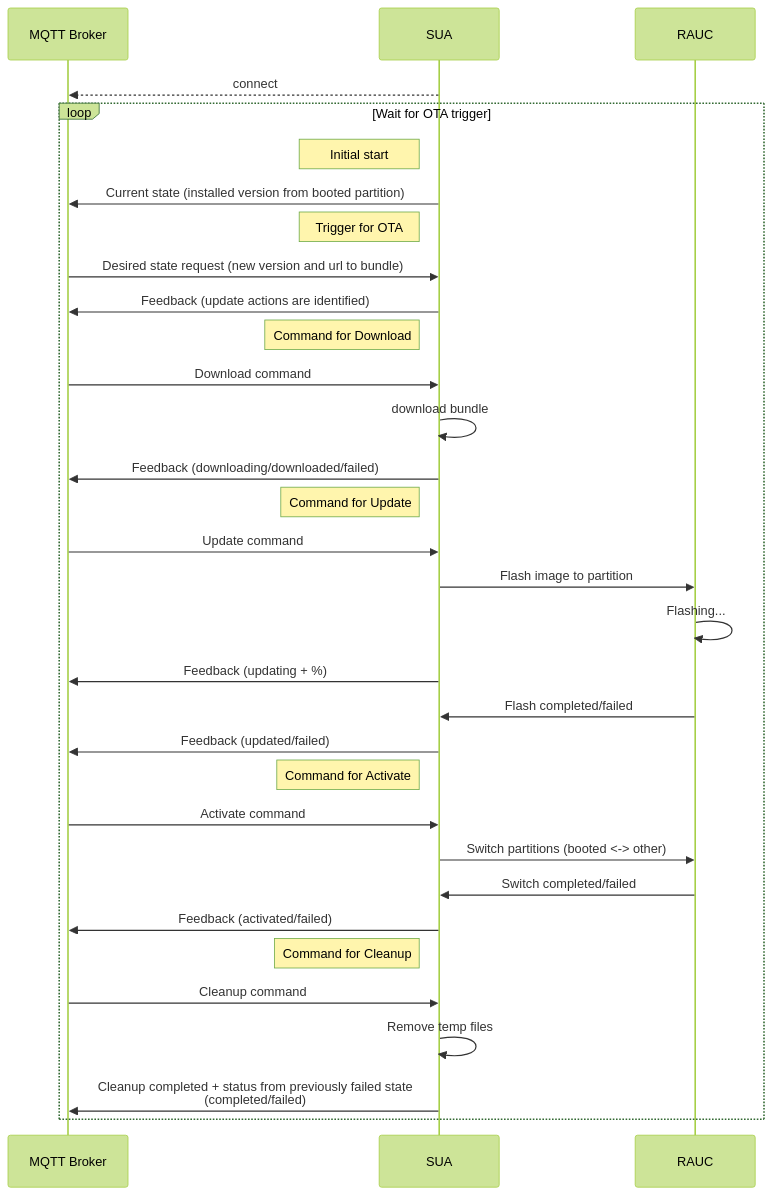
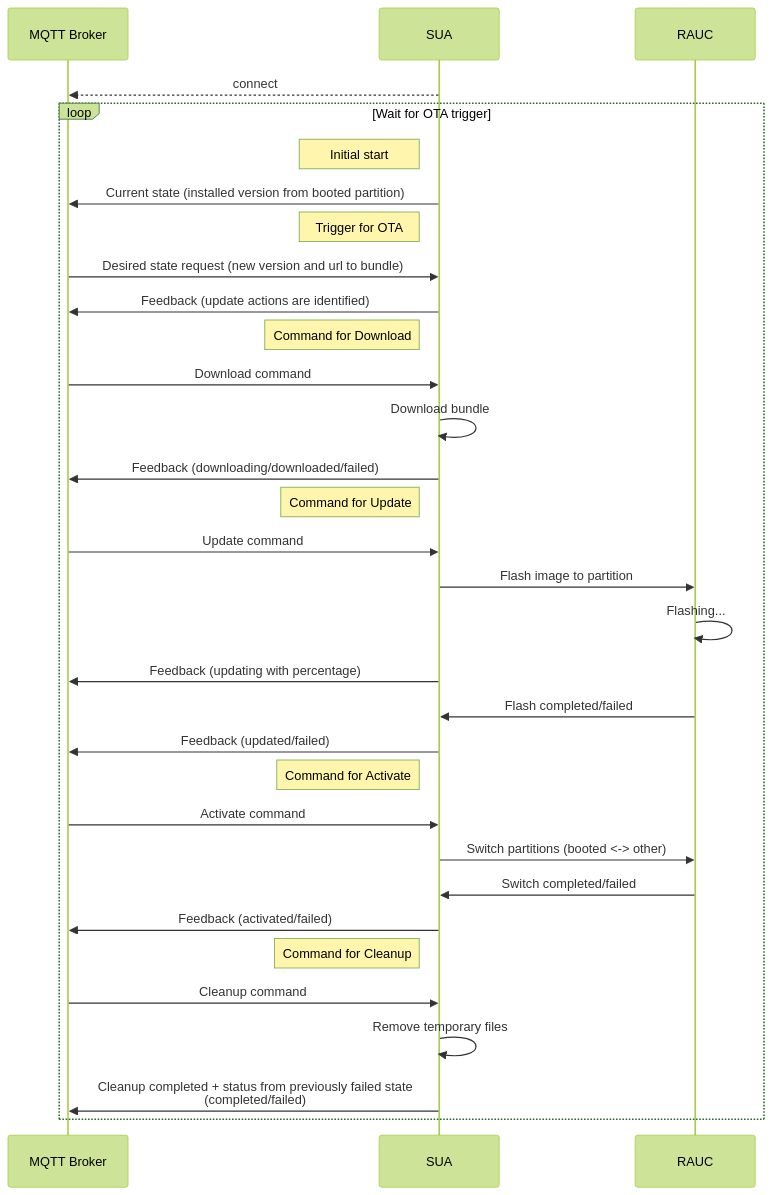
One commit to eclipse-leda/leda-contrib-self-update-agent changed the first of 2 diagrams in README.md. Above: the diagram before and after it, drawn with Mermaid (forest theme). The commit also changed other lines of this file and 2 other files, not shown here.

````diff
--- a/README.md
+++ b/README.md
@@ -22,43 +22,43 @@
 ```mermaid
 sequenceDiagram
     participant m as MQTT Broker 
     participant s as SUA
     participant r as RAUC
 
     s -->> m: connect
 
     loop Wait for OTA trigger
 
     Note left of s: Initial start
     s ->> m: Current state (installed version from booted partition)
 
     Note left of s: Trigger for OTA
     m ->> s: Desired state request (new version and url to bundle)
     s ->> m: Feedback (update actions are identified)
 
     Note left of s: Command for Download
     m ->> s: Download command
-    s ->> s: download bundle
+    s ->> s: Download bundle
     s ->> m: Feedback (downloading/downloaded/failed)
 
     Note left of s: Command for Update
     m ->> s: Update command
     s ->> r: Flash image to partition
     r ->> r: Flashing...
-    s ->> m: Feedback (updating + %)
+    s ->> m: Feedback (updating with percentage)
     r ->> s: Flash completed/failed
     s ->> m: Feedback (updated/failed)
 
     Note left of s: Command for Activate
     m ->> s: Activate command
     s ->> r: Switch partitions (booted <-> other)
     r ->> s: Switch completed/failed
     s ->> m: Feedback (activated/failed)
 
     Note left of s: Command for Cleanup
     m ->> s: Cleanup command
-    s ->> s: Remove temp files
+    s ->> s: Remove temporary files
     s ->> m: Cleanup completed + status from previously failed state<br>(completed/failed)
 
     end
 ```
````
